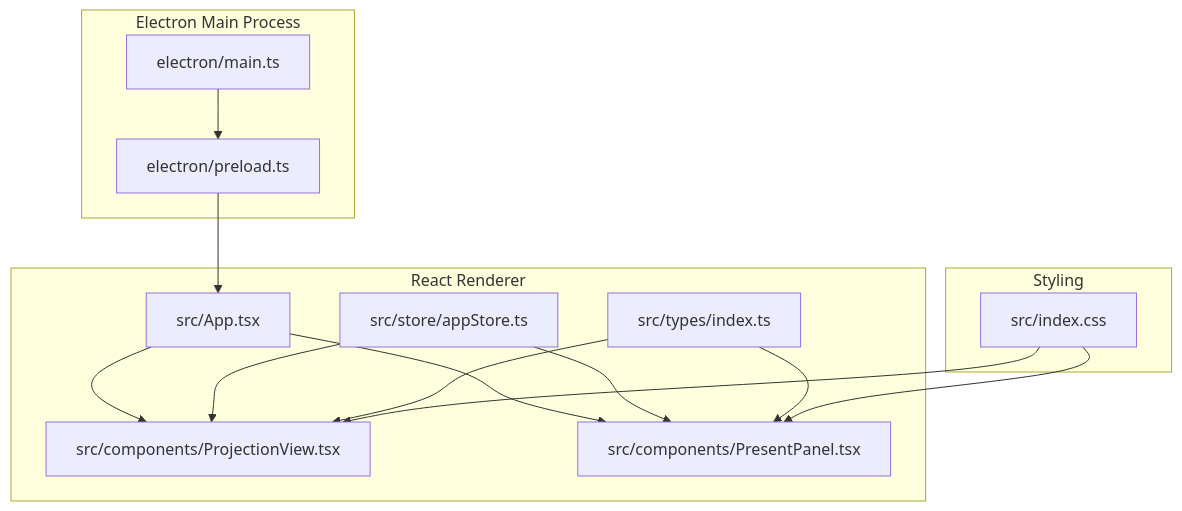
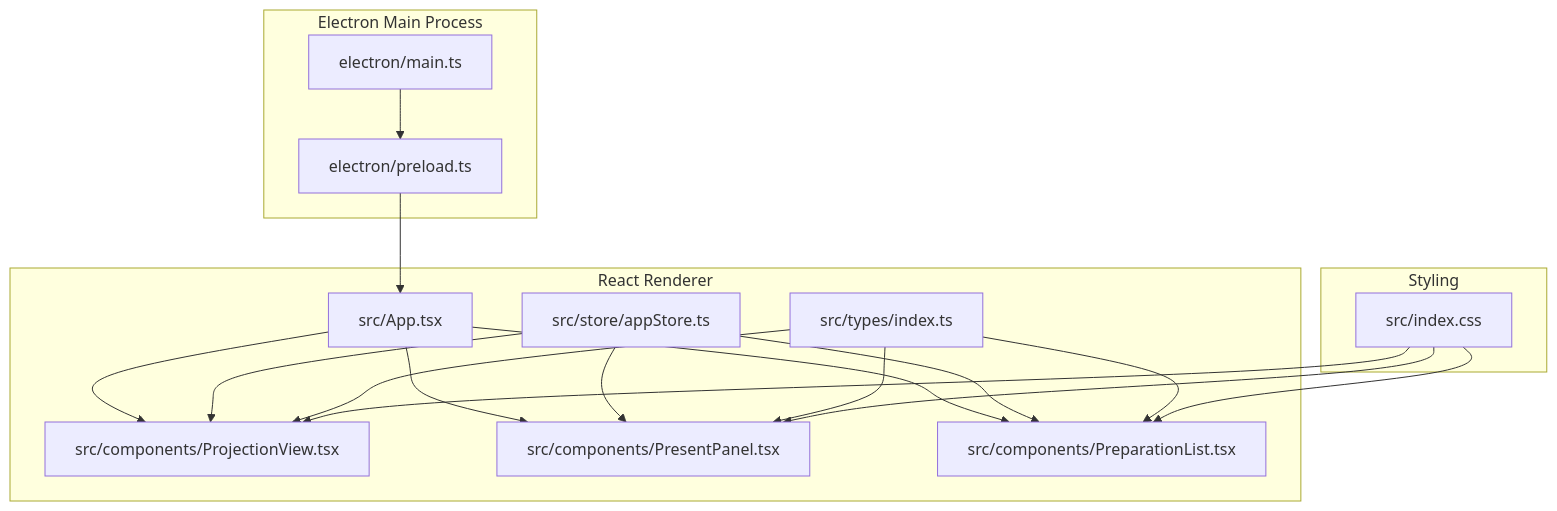
The first of 10 diagrams in .qoder/repowiki/en/content/User Interface Components/Projection View Component.md (jimmywyk/lyricdeck), drawn with Mermaid before and after one commit. The commit also changed other lines of this file and 11 other files, not shown here.

````diff
--- a/.qoder/repowiki/en/content/User Interface Components/Projection View Component.md
+++ b/.qoder/repowiki/en/content/User Interface Components/Projection View Component.md
@@ -38,27 +46,32 @@
 ```mermaid
 graph TB
 subgraph "Electron Main Process"
 EM["electron/main.ts"]
 EP["electron/preload.ts"]
 end
 subgraph "React Renderer"
 APP["src/App.tsx"]
 PV["src/components/ProjectionView.tsx"]
 PP["src/components/PresentPanel.tsx"]
+PL["src/components/PreparationList.tsx"]
 AS["src/store/appStore.ts"]
 TY["src/types/index.ts"]
 end
 subgraph "Styling"
 CSS["src/index.css"]
 end
 EM --> EP
 EP --> APP
 APP --> PV
 APP --> PP
+APP --> PL
 AS --> PV
 AS --> PP
+AS --> PL
 TY --> PV
 TY --> PP
+TY --> PL
 CSS --> PV
 CSS --> PP
+CSS --> PL
 ```
````
